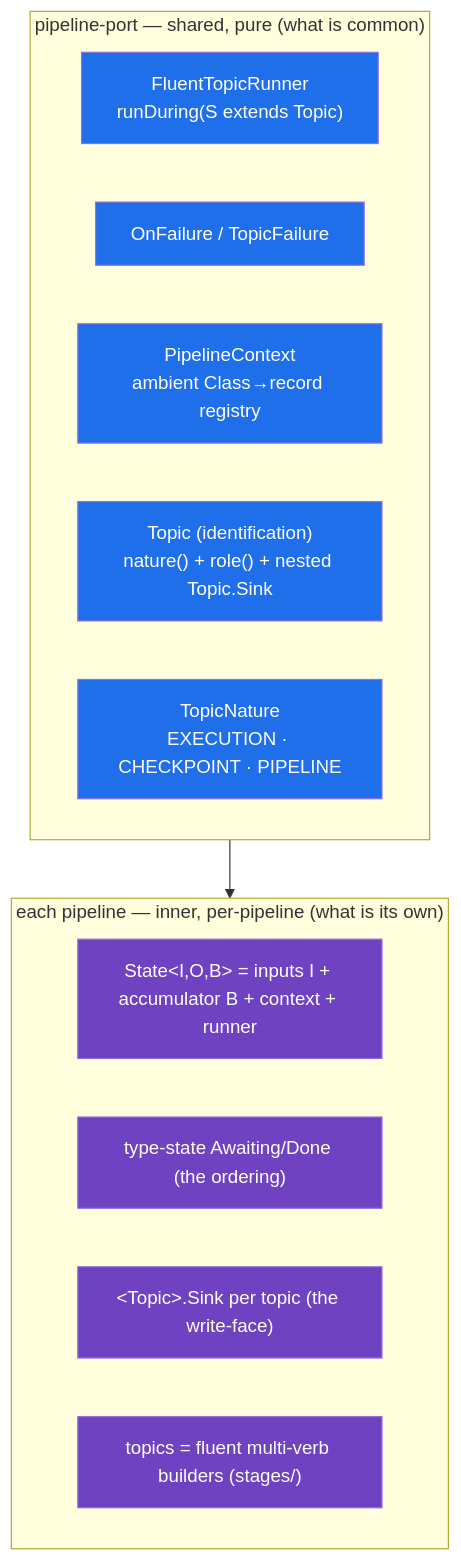
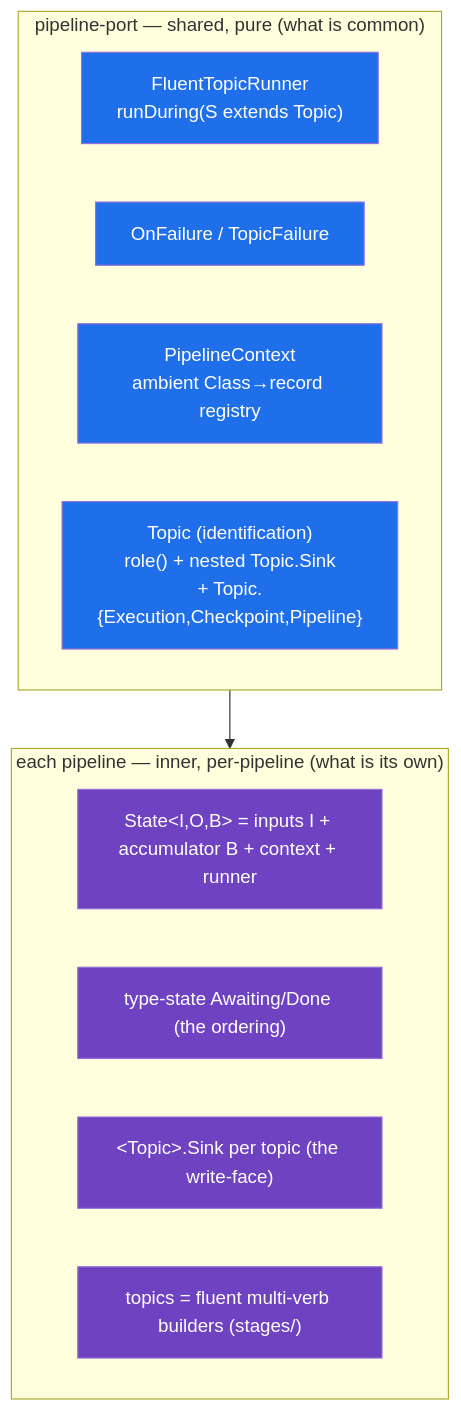
Before and after one commit to nxmatic/rke2lab: the second of 2 diagrams in docs/architecture/atlas/host-pipeline.adoc, drawn with Mermaid. The commit also changed other lines of this file and 8 other files, not shown here.

```diff
--- a/docs/architecture/atlas/host-pipeline.adoc
+++ b/docs/architecture/atlas/host-pipeline.adoc
@@ -101,20 +101,19 @@
 [mermaid]
 ....
 flowchart TB
   subgraph PORT["pipeline-port — shared, pure (what is common)"]
     R["FluentTopicRunner<br/>runDuring(S extends Topic)"]:::port
     OF["OnFailure / TopicFailure"]:::port
     PC["PipelineContext<br/>ambient Class→record registry"]:::port
-    TP["Topic (identification)<br/>nature() + role() + nested Topic.Sink"]:::port
-    TN["TopicNature<br/>EXECUTION · CHECKPOINT · PIPELINE"]:::port
+    TP["Topic (identification)<br/>role() + nested Topic.Sink<br/>+ Topic.{Execution,Checkpoint,Pipeline}"]:::port
   end
   subgraph PIPE["each pipeline — inner, per-pipeline (what is its own)"]
     ST["State&lt;I,O,B&gt; = inputs I + accumulator B + context + runner"]:::pipe
     TS["type-state Awaiting/Done (the ordering)"]:::pipe
     SK["&lt;Topic&gt;.Sink per topic (the write-face)"]:::pipe
     TO["topics = fluent multi-verb builders (stages/)"]:::pipe
   end
   PORT --> PIPE
   classDef port fill:#1f6feb,color:#fff;
   classDef pipe fill:#6f42c1,color:#fff;
 ....
```
